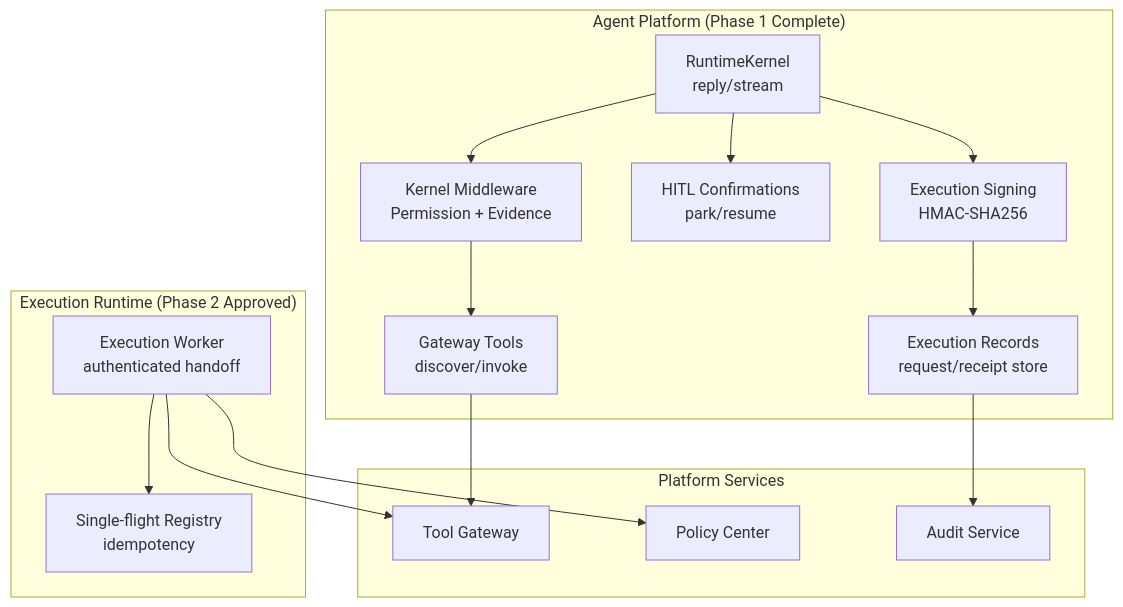
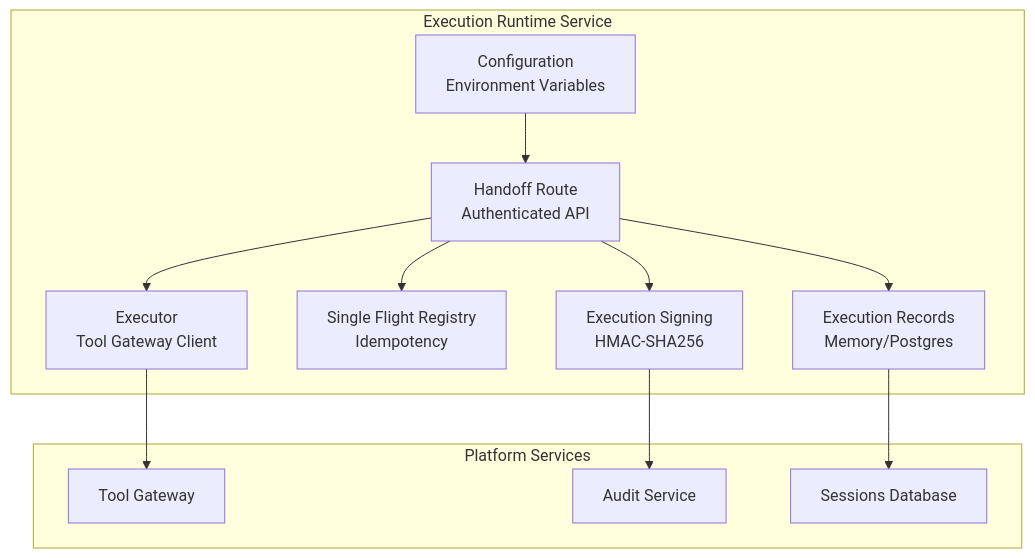
One commit to metasync/luban-aiops changed the first of 2 diagrams in .qoder/repowiki/en/content/Architecture Documentation/Execution Runtime Spike.md. Above: the diagram before and after it, drawn with Mermaid. The commit also changed other lines of this file and 5 other files, not shown here.

````diff
--- a/.qoder/repowiki/en/content/Architecture Documentation/Execution Runtime Spike.md
+++ b/.qoder/repowiki/en/content/Architecture Documentation/Execution Runtime Spike.md
@@ -52,30 +55,24 @@
 ```mermaid
 graph TB
-subgraph "Agent Platform (Phase 1 Complete)"
-RK["RuntimeKernel<br/>reply/stream"]
-MW["Kernel Middleware<br/>Permission + Evidence"]
-GT["Gateway Tools<br/>discover/invoke"]
-HC["HITL Confirmations<br/>park/resume"]
+subgraph "Execution Runtime Service"
+HR["Handoff Route<br/>Authenticated API"]
+EX["Executor<br/>Tool Gateway Client"]
+SF["Single Flight Registry<br/>Idempotency"]
 ES["Execution Signing<br/>HMAC-SHA256"]
-ER["Execution Records<br/>request/receipt store"]
-end
-subgraph "Execution Runtime (Phase 2 Approved)"
-EW["Execution Worker<br/>authenticated handoff"]
-SF["Single-flight Registry<br/>idempotency"]
+ER["Execution Records<br/>Memory/Postgres"]
+CFG["Configuration<br/>Environment Variables"]
 end
 subgraph "Platform Services"
 TG["Tool Gateway"]
-PG["Policy Center"]
 AS["Audit Service"]
+DB["Sessions Database"]
 end
-RK --> MW
-MW --> GT
-GT --> TG
-RK --> HC
-RK --> ES
-ES --> ER
-ER --> AS
-EW --> TG
-EW --> PG
-EW --> SF
+HR --> EX
+HR --> SF
+HR --> ES
+HR --> ER
+EX --> TG
+ES --> AS
+ER --> DB
+CFG --> HR
 ```
````
